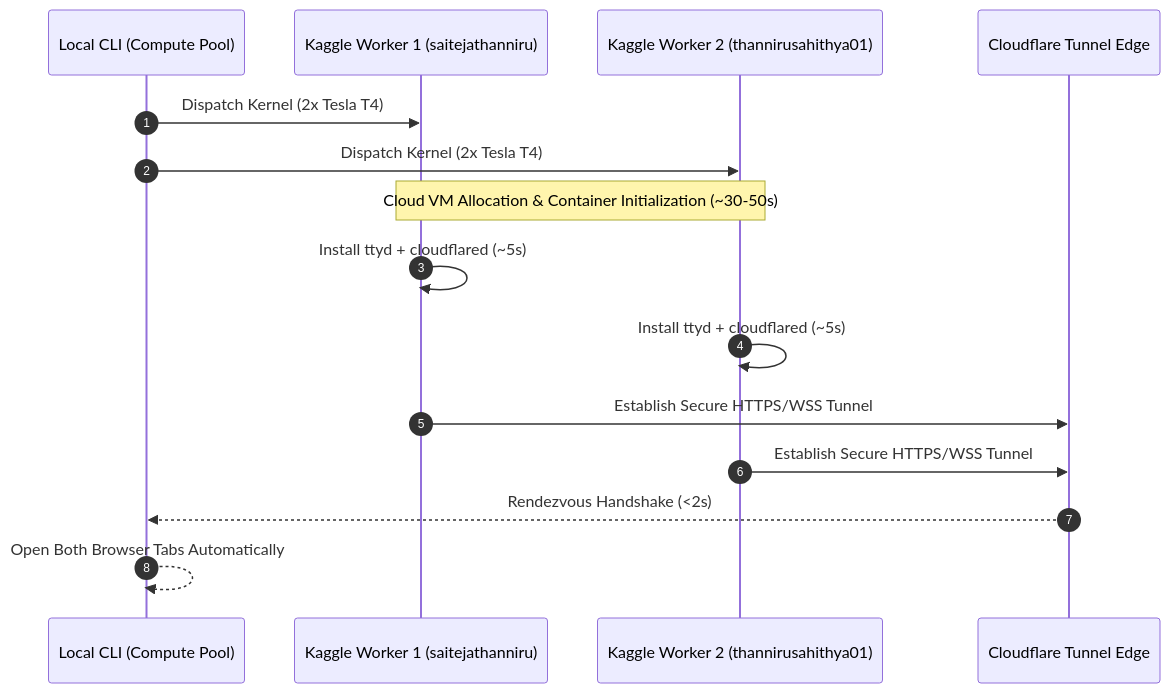
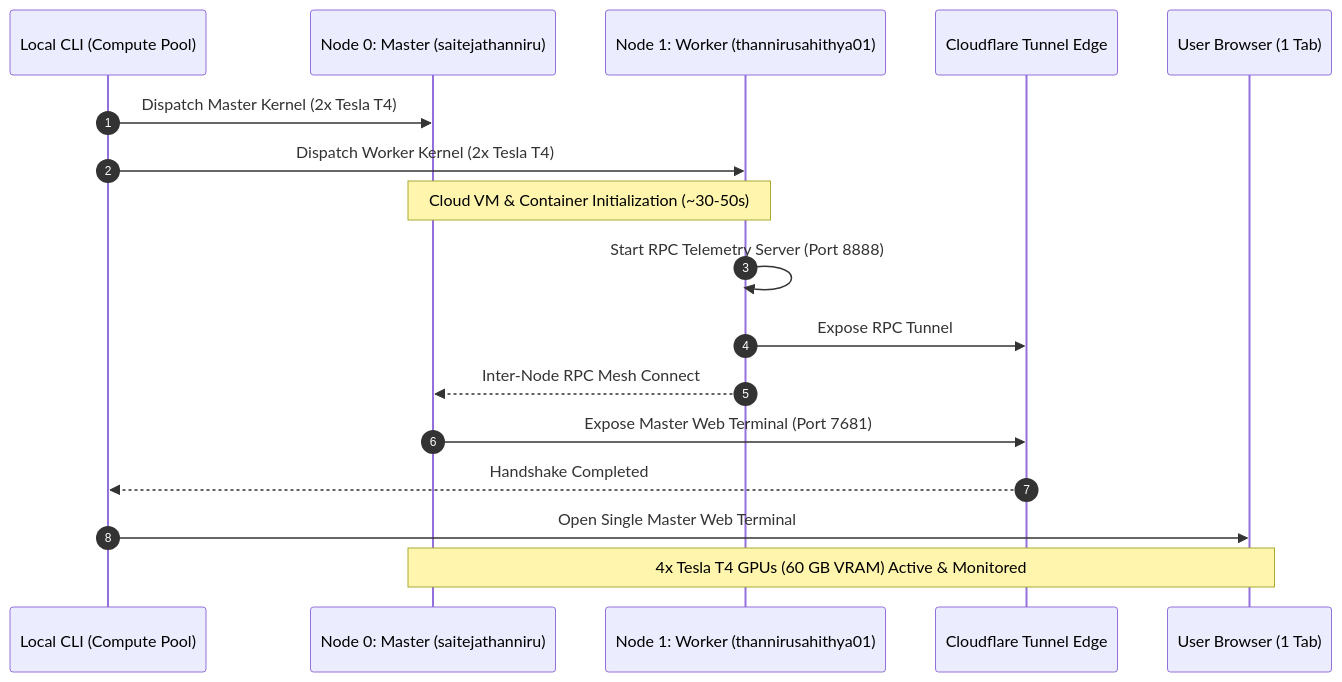
The diagram in README.md (iam-saiteja/Compute-Pool), drawn with Mermaid before and after one commit. The commit also changed other lines of this file and 3 other files, not shown here.

Commit message:
feat(shell): implement unified 4-GPU Master-Worker cluster architecture with single terminal entrypoint and real-time inter-node mesh

````diff
--- a/README.md
+++ b/README.md
@@ -39,18 +39,20 @@
 ```mermaid
 sequenceDiagram
     autonumber
     participant CLI as Local CLI (Compute Pool)
-    participant K1 as Kaggle Worker 1 (saitejathanniru)
-    participant K2 as Kaggle Worker 2 (thannirusahithya01)
+    participant M as Node 0: Master (saitejathanniru)
+    participant W as Node 1: Worker (thannirusahithya01)
     participant CF as Cloudflare Tunnel Edge
+    participant B as User Browser (1 Tab)
 
-    CLI->>K1: Dispatch Kernel (2x Tesla T4)
-    CLI->>K2: Dispatch Kernel (2x Tesla T4)
-    Note over K1,K2: Cloud VM Allocation & Container Initialization (~30-50s)
-    K1->>K1: Install ttyd + cloudflared (~5s)
-    K2->>K2: Install ttyd + cloudflared (~5s)
-    K1->>CF: Establish Secure HTTPS/WSS Tunnel
-    K2->>CF: Establish Secure HTTPS/WSS Tunnel
-    CF-->>CLI: Rendezvous Handshake (<2s)
-    CLI-->>CLI: Open Both Browser Tabs Automatically
+    CLI->>M: Dispatch Master Kernel (2x Tesla T4)
+    CLI->>W: Dispatch Worker Kernel (2x Tesla T4)
+    Note over M,W: Cloud VM & Container Initialization (~30-50s)
+    W->>W: Start RPC Telemetry Server (Port 8888)
+    W->>CF: Expose RPC Tunnel
+    W-->>M: Inter-Node RPC Mesh Connect
+    M->>CF: Expose Master Web Terminal (Port 7681)
+    CF-->>CLI: Handshake Completed
+    CLI->>B: Open Single Master Web Terminal
+    Note over B,M: 4x Tesla T4 GPUs (60 GB VRAM) Active & Monitored
 ```
````
